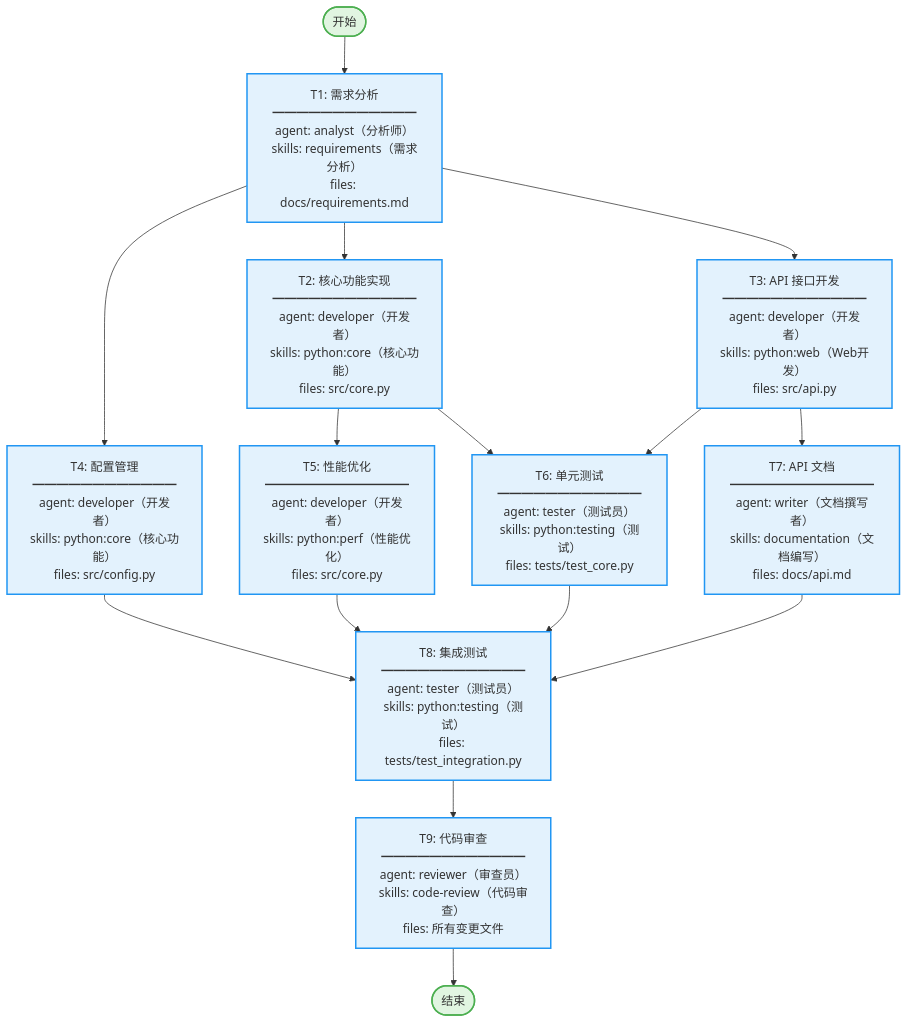
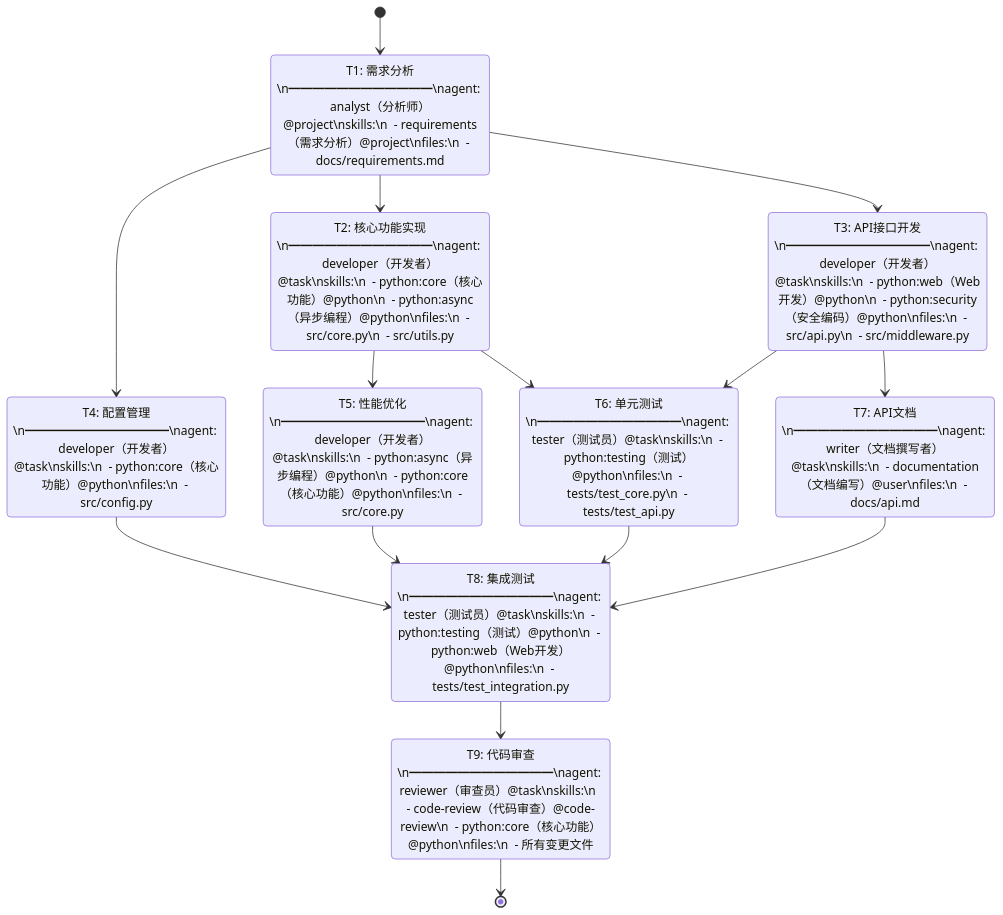
One commit to lazygophers/ccplugin changed the first of 2 diagrams in plugins/tools/task/skills/loop/plan-confirmation-template.md. Above: the diagram before and after it, drawn with Mermaid. The commit also changed other lines of this file and 5 other files, not shown here.

````diff
--- a/plugins/tools/task/skills/loop/plan-confirmation-template.md
+++ b/plugins/tools/task/skills/loop/plan-confirmation-template.md
@@ -5,38 +5,40 @@
 ```mermaid
-flowchart TD
-    Start([开始]) --> T1
+stateDiagram-v2
+    [*] --> T1
 
-    T1["T1: 需求分析<br/>━━━━━━━━━━━━<br/>agent: analyst（分析师）<br/>skills: requirements（需求分析）<br/>files: docs/requirements.md"]
+    state "T1: 需求分析\n━━━━━━━━━━━━\nagent: analyst（分析师）@project\nskills:\n  - requirements（需求分析）@project\nfiles:\n  - docs/requirements.md" as T1
 
-    T1 --> T2 & T3 & T4
+    T1 --> T2
+    T1 --> T3
+    T1 --> T4
 
-    T2["T2: 核心功能实现<br/>━━━━━━━━━━━━<br/>agent: developer（开发者）<br/>skills: python:core（核心功能）<br/>files: src/core.py"]
-    T3["T3: API 接口开发<br/>━━━━━━━━━━━━<br/>agent: developer（开发者）<br/>skills: python:web（Web开发）<br/>files: src/api.py"]
-    T4["T4: 配置管理<br/>━━━━━━━━━━━━<br/>agent: developer（开发者）<br/>skills: python:core（核心功能）<br/>files: src/config.py"]
+    state "T2: 核心功能实现\n━━━━━━━━━━━━\nagent: developer（开发者）@task\nskills:\n  - python:core（核心功能）@python\n  - python:async（异步编程）@python\nfiles:\n  - src/core.py\n  - src/utils.py" as T2
+
+    state "T3: API接口开发\n━━━━━━━━━━━━\nagent: developer（开发者）@task\nskills:\n  - python:web（Web开发）@python\n  - python:security（安全编码）@python\nfiles:\n  - src/api.py\n  - src/middleware.py" as T3
+
+    state "T4: 配置管理\n━━━━━━━━━━━━\nagent: developer（开发者）@task\nskills:\n  - python:core（核心功能）@python\nfiles:\n  - src/config.py" as T4
 
     T2 --> T5
-    T2 & T3 --> T6
-
-    T5["T5: 性能优化<br/>━━━━━━━━━━━━<br/>agent: developer（开发者）<br/>skills: python:perf（性能优化）<br/>files: src/core.py"]
-    T6["T6: 单元测试<br/>━━━━━━━━━━━━<br/>agent: tester（测试员）<br/>skills: python:testing（测试）<br/>files: tests/test_core.py"]
-
+    T2 --> T6
+    T3 --> T6
     T3 --> T7
 
-    T7["T7: API 文档<br/>━━━━━━━━━━━━<br/>agent: writer（文档撰写者）<br/>skills: documentation（文档编写）<br/>files: docs/api.md"]
+    state "T5: 性能优化\n━━━━━━━━━━━━\nagent: developer（开发者）@task\nskills:\n  - python:async（异步编程）@python\n  - python:core（核心功能）@python\nfiles:\n  - src/core.py" as T5
 
-    T4 & T5 & T6 & T7 --> T8
+    state "T6: 单元测试\n━━━━━━━━━━━━\nagent: tester（测试员）@task\nskills:\n  - python:testing（测试）@python\nfiles:\n  - tests/test_core.py\n  - tests/test_api.py" as T6
 
-    T8["T8: 集成测试<br/>━━━━━━━━━━━━<br/>agent: tester（测试员）<br/>skills: python:testing（测试）<br/>files: tests/test_integration.py"]
+    state "T7: API文档\n━━━━━━━━━━━━\nagent: writer（文档撰写者）@task\nskills:\n  - documentation（文档编写）@user\nfiles:\n  - docs/api.md" as T7
+
+    T4 --> T8
+    T5 --> T8
+    T6 --> T8
+    T7 --> T8
+
+    state "T8: 集成测试\n━━━━━━━━━━━━\nagent: tester（测试员）@task\nskills:\n  - python:testing（测试）@python\n  - python:web（Web开发）@python\nfiles:\n  - tests/test_integration.py" as T8
 
     T8 --> T9
 
-    T9["T9: 代码审查<br/>━━━━━━━━━━━━<br/>agent: reviewer（审查员）<br/>skills: code-review（代码审查）<br/>files: 所有变更文件"]
+    state "T9: 代码审查\n━━━━━━━━━━━━\nagent: reviewer（审查员）@task\nskills:\n  - code-review（代码审查）@code-review\n  - python:core（核心功能）@python\nfiles:\n  - 所有变更文件" as T9
 
-    T9 --> End([结束])
-
-    classDef startEnd fill:#e1f5e1,stroke:#4caf50,stroke-width:2px
-    classDef task fill:#e3f2fd,stroke:#2196f3,stroke-width:2px
-
-    class Start,End startEnd
-    class T1,T2,T3,T4,T5,T6,T7,T8,T9 task
+    T9 --> [*]
 ```
````
